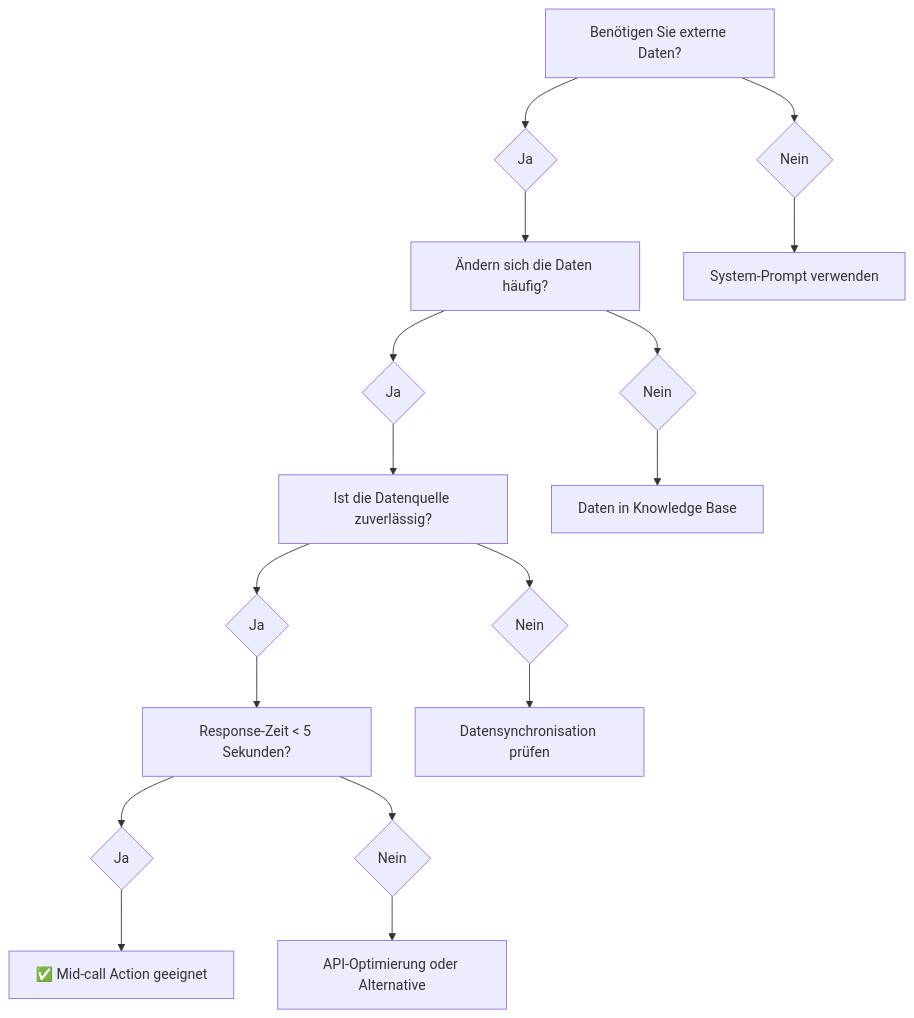
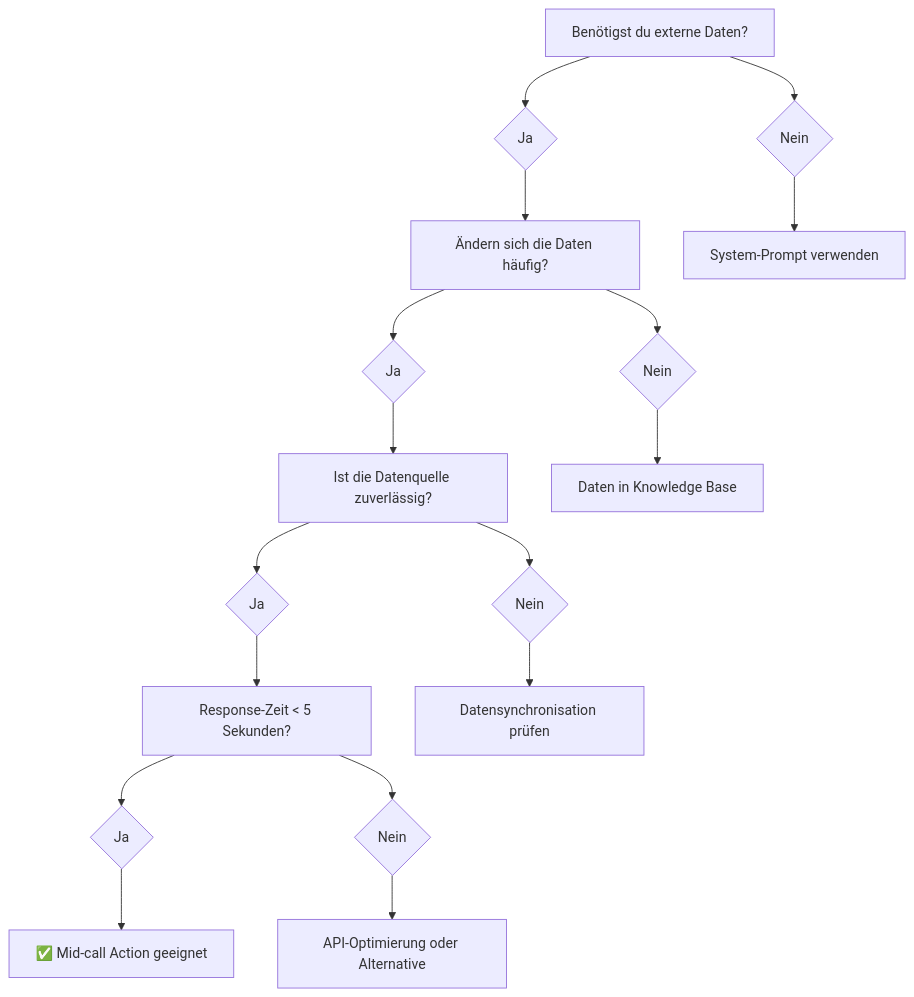
The second of 2 diagrams in de/automation-platform/mid-call-tools/wann-verwenden.mdx (bekgroup/Famulor-docs-de), drawn with Mermaid before and after one commit. The commit also changed other lines of this file and 327 other files, not shown here.

````diff
--- a/de/automation-platform/mid-call-tools/wann-verwenden.mdx
+++ b/de/automation-platform/mid-call-tools/wann-verwenden.mdx
@@ -224,19 +224,19 @@
 ```mermaid
 flowchart TD
-    A[Benötigen Sie externe Daten?] --> B{Ja}
+    A[Benötigst du externe Daten?] --> B{Ja}
     A --> C{Nein}
     B --> D[Ändern sich die Daten häufig?]
     C --> E[System-Prompt verwenden]
     D --> F{Ja}
     D --> G{Nein}
     F --> H[Ist die Datenquelle zuverlässig?]
     G --> I[Daten in Knowledge Base]
     H --> J{Ja}
     H --> K{Nein}
     J --> L[Response-Zeit < 5 Sekunden?]
     K --> M[Datensynchronisation prüfen]
     L --> N{Ja}
     L --> O{Nein}
     N --> P[✅ Mid-call Action geeignet]
     O --> Q[API-Optimierung oder Alternative]
 ```
````
